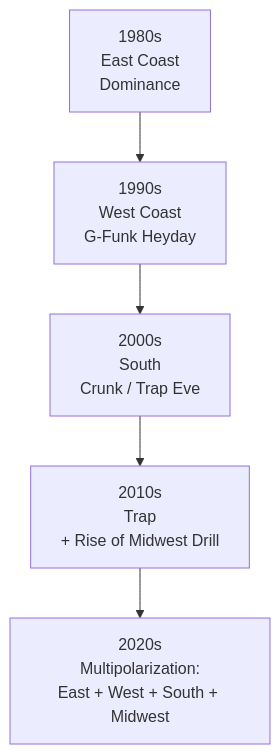
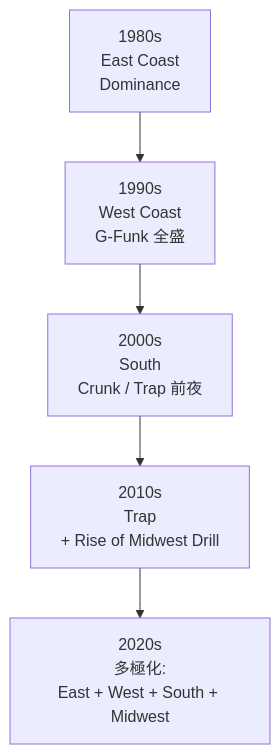
The second of 2 diagrams in en/_posts/2025-09-15-Column-Hiphop-History.md (monumental-movement/monumental-movement.github.io), drawn with Mermaid before and after one commit. The commit also changed other lines of this file and 359 other files, not shown here.

```diff
--- a/en/_posts/2025-09-15-Column-Hiphop-History.md
+++ b/en/_posts/2025-09-15-Column-Hiphop-History.md
@@ -275,13 +275,13 @@
 <div class="mermaid">
 
 flowchart TB
         E["1980s<br/>East Coast<br/>Dominance"]
-        W["1990s<br/>West Coast<br/>G-Funk Heyday"]
-        S["2000s<br/>South<br/>Crunk / Trap Eve"]
+        W["1990s<br/>West Coast<br/>G-Funk 全盛"]
+        S["2000s<br/>South<br/>Crunk / Trap 前夜"]
         M["2010s<br/>Trap<br/>+ Rise of Midwest Drill"]
-        P["2020s<br/>Multipolarization:<br/>East + West + South + Midwest"]
+        P["2020s<br/>多極化:<br/>East + West + South + Midwest"]
 
     E --> W --> S --> M --> P
 
 
 </div>
```
